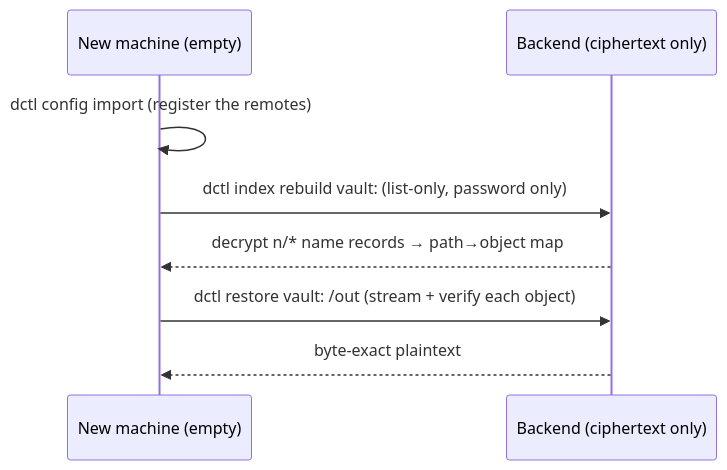
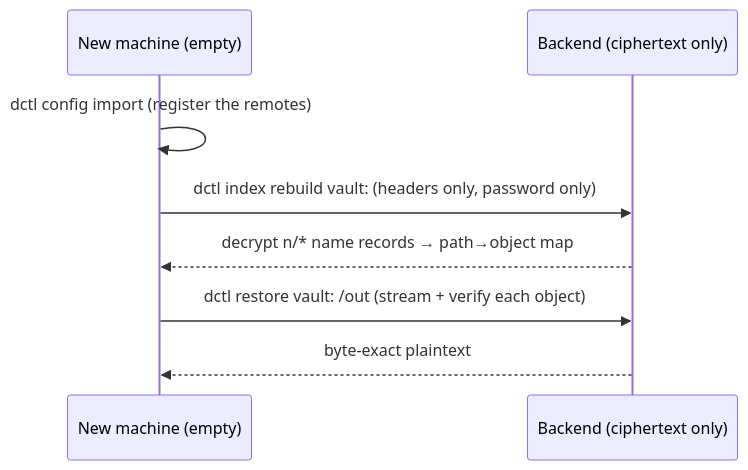
One commit to DCTL-SH/DCTL changed the second of 2 diagrams in docs/GUIDE.md. Above: the diagram before and after it, drawn with Mermaid. The commit also changed other lines of this file and 25 other files, not shown here.

````diff
--- a/docs/GUIDE.md
+++ b/docs/GUIDE.md
@@ -331,10 +331,10 @@
 ```mermaid
 sequenceDiagram
     participant New as New machine (empty)
     participant BE as Backend (ciphertext only)
     New->>New: dctl config import  (register the remotes)
-    New->>BE: dctl index rebuild vault:  (list-only, password only)
+    New->>BE: dctl index rebuild vault:  (headers only, password only)
     BE-->>New: decrypt n/* name records → path→object map
     New->>BE: dctl restore vault: /out  (stream + verify each object)
     BE-->>New: byte-exact plaintext
 ```
````
